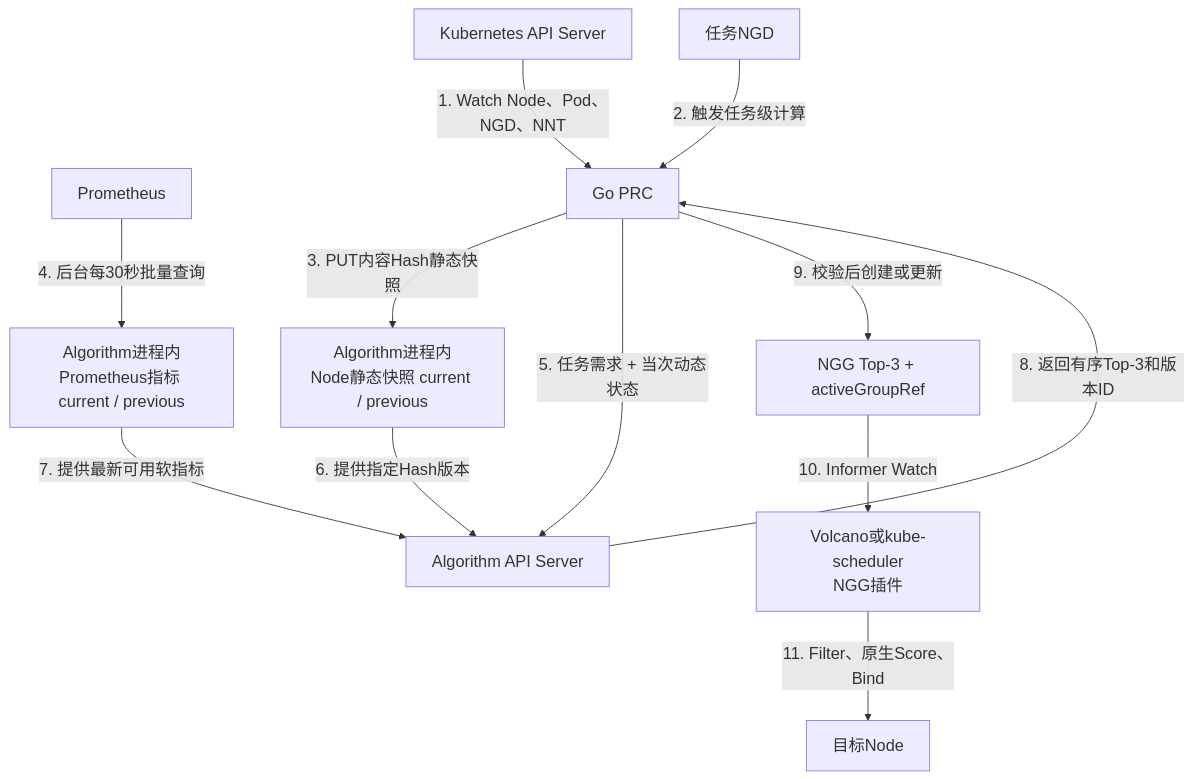
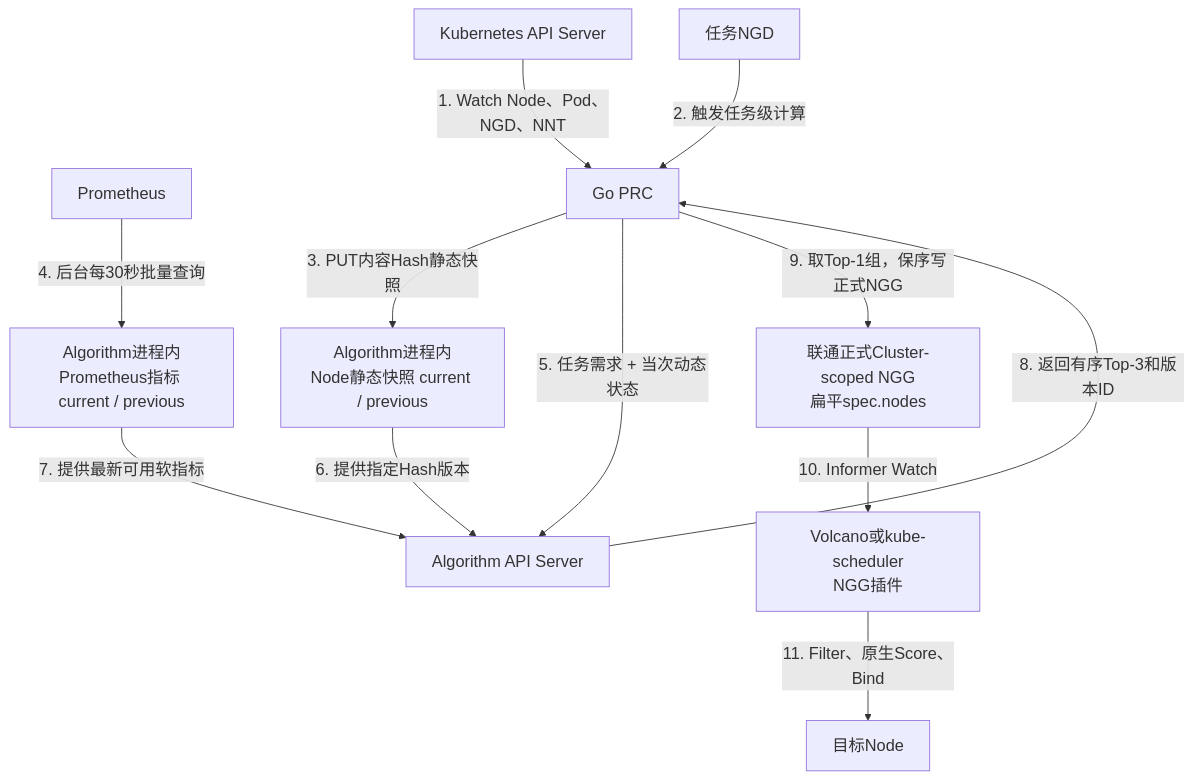
The diagram in docs/Kubernetes-Volcano两层调度中Prometheus指标读取与缓存优化设计说明v2.0.md (ghwdsl-38/ngd-ngg-scheduling), drawn with Mermaid before and after one commit. The commit also changed other lines of this file and 116 other files, not shown here.

````diff
--- a/docs/Kubernetes-Volcano两层调度中Prometheus指标读取与缓存优化设计说明v2.0.md
+++ b/docs/Kubernetes-Volcano两层调度中Prometheus指标读取与缓存优化设计说明v2.0.md
@@ -18,26 +20,26 @@
 ```mermaid
 %%{init: {"themeVariables": {"fontSize": "19px"}, "flowchart": {"nodeSpacing": 55, "rankSpacing": 70}}}%%
 flowchart TB
     KAPI[Kubernetes API Server]
     PROM[Prometheus]
     NGD[任务NGD]
     PRC[Go PRC]
     STATIC[Algorithm进程内<br/>Node静态快照 current / previous]
     METRIC[Algorithm进程内<br/>Prometheus指标 current / previous]
     ALG[Algorithm API Server]
-    NGG[NGG Top-3 + activeGroupRef]
+    NGG[联通正式Cluster-scoped NGG<br/>扁平spec.nodes]
     SCHED[Volcano或kube-scheduler<br/>NGG插件]
     NODE[目标Node]
 
     KAPI -->|1. Watch Node、Pod、NGD、NNT| PRC
     NGD -->|2. 触发任务级计算| PRC
     PRC -->|3. PUT内容Hash静态快照| STATIC
     PROM -->|4. 后台每30秒批量查询| METRIC
     PRC -->|5. 任务需求 + 当次动态状态| ALG
     STATIC -->|6. 提供指定Hash版本| ALG
     METRIC -->|7. 提供最新可用软指标| ALG
     ALG -->|8. 返回有序Top-3和版本ID| PRC
-    PRC -->|9. 校验后创建或更新| NGG
+    PRC -->|9. 取Top-1组，保序写正式NGG| NGG
     NGG -->|10. Informer Watch| SCHED
     SCHED -->|11. Filter、原生Score、Bind| NODE
 ```
````
